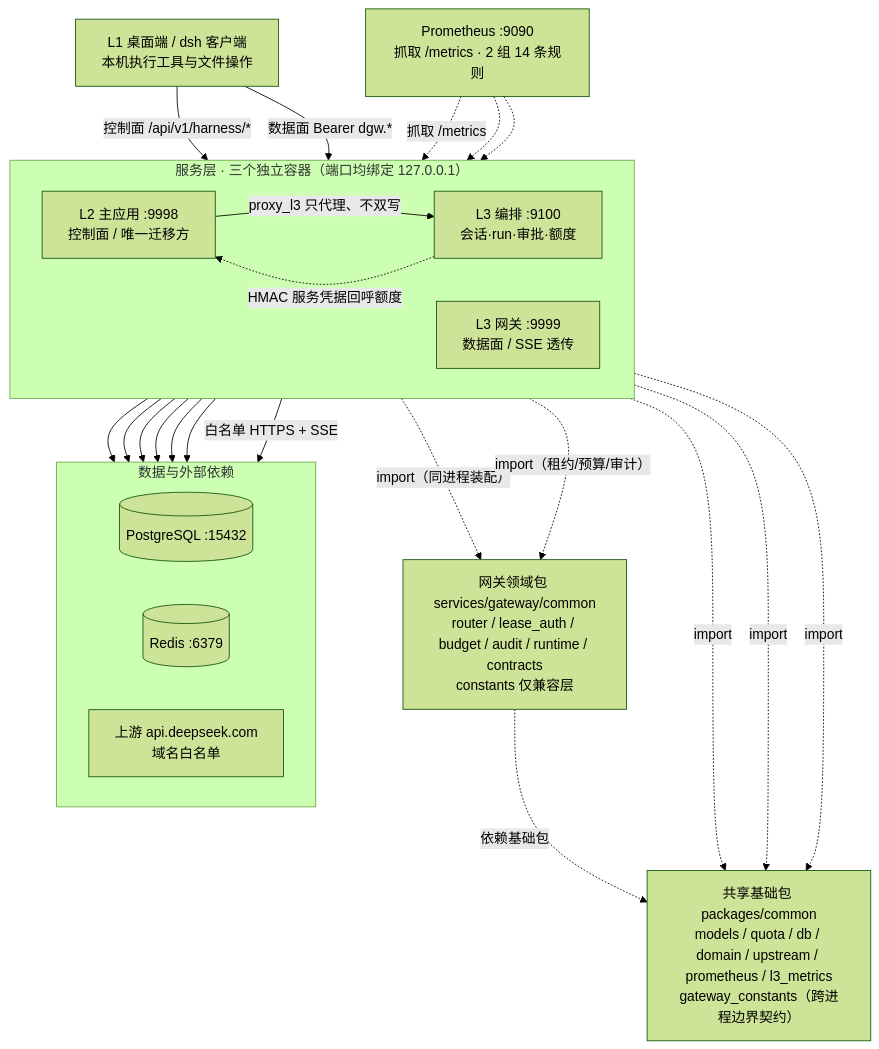
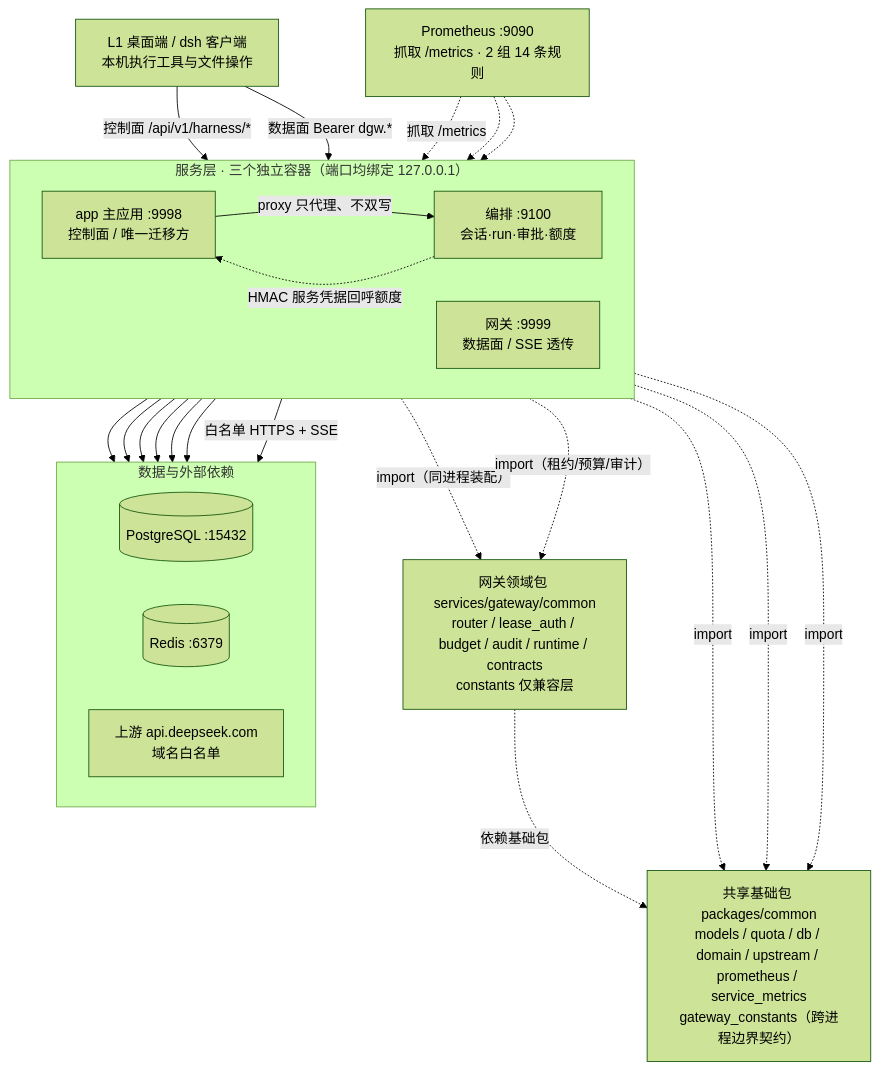
Before and after one commit to tec-more/agentpanel: the first of 3 diagrams in reports/architecture/as-built-architecture-2026-11-09.md, drawn with Mermaid (forest theme). The commit also changed other lines of this file and 123 other files, not shown here.

First line of the commit message:
refactor: 统一 app/gateway/orchestration 命名，清除 l2/l3 命名残留

````diff
--- a/reports/architecture/as-built-architecture-2026-11-09.md
+++ b/reports/architecture/as-built-architecture-2026-11-09.md
@@ -23,40 +23,40 @@
 ```mermaid
 flowchart TB
   C["L1 桌面端 / dsh 客户端<br/>本机执行工具与文件操作"]
   subgraph SVC["服务层 · 三个独立容器（端口均绑定 127.0.0.1）"]
     direction LR
-    L2["L2 主应用 :9998<br/>控制面 / 唯一迁移方"]
-    GW["L3 网关 :9999<br/>数据面 / SSE 透传"]
-    OR["L3 编排 :9100<br/>会话·run·审批·额度"]
+    app["app 主应用 :9998<br/>控制面 / 唯一迁移方"]
+    GW["网关 :9999<br/>数据面 / SSE 透传"]
+    OR["编排 :9100<br/>会话·run·审批·额度"]
   end
-  CM["共享基础包 packages/common<br/>models / quota / db / domain / upstream / prometheus / l3_metrics<br/>gateway_constants（跨进程边界契约）"]
+  CM["共享基础包 packages/common<br/>models / quota / db / domain / upstream / prometheus / service_metrics<br/>gateway_constants（跨进程边界契约）"]
   GWD["网关领域包 services/gateway/common<br/>router / lease_auth / budget / audit / runtime / contracts<br/>constants 仅兼容层"]
   subgraph ST["数据与外部依赖"]
     direction LR
     PG[("PostgreSQL :15432")]
     RD[("Redis :6379")]
     EXT["上游 api.deepseek.com<br/>域名白名单"]
   end
   PM["Prometheus :9090<br/>抓取 /metrics · 2 组 14 条规则"]
 
-  C -->|"控制面 /api/v1/harness/*"| L2
+  C -->|"控制面 /api/v1/harness/*"| app
   C -->|"数据面 Bearer dgw.*"| GW
-  L2 -->|"proxy_l3 只代理、不双写"| OR
-  OR -.->|"HMAC 服务凭据回呼额度"| L2
-  L2 -.->|import| CM
+  app -->|"proxy 只代理、不双写"| OR
+  OR -.->|"HMAC 服务凭据回呼额度"| app
+  app -.->|import| CM
   GW -.->|import| CM
   OR -.->|import| CM
   GW -.->|"import（同进程装配）"| GWD
-  L2 -.->|"import（租约/预算/审计）"| GWD
+  app -.->|"import（租约/预算/审计）"| GWD
   GWD -.->|"依赖基础包"| CM
-  L2 --> PG
-  L2 --> RD
+  app --> PG
+  app --> RD
   OR --> PG
   OR --> RD
   GW --> PG
   GW --> RD
   GW -->|"白名单 HTTPS + SSE"| EXT
-  PM -.->|"抓取 /metrics"| L2
+  PM -.->|"抓取 /metrics"| app
   PM -.-> GW
   PM -.-> OR
 ```
````
